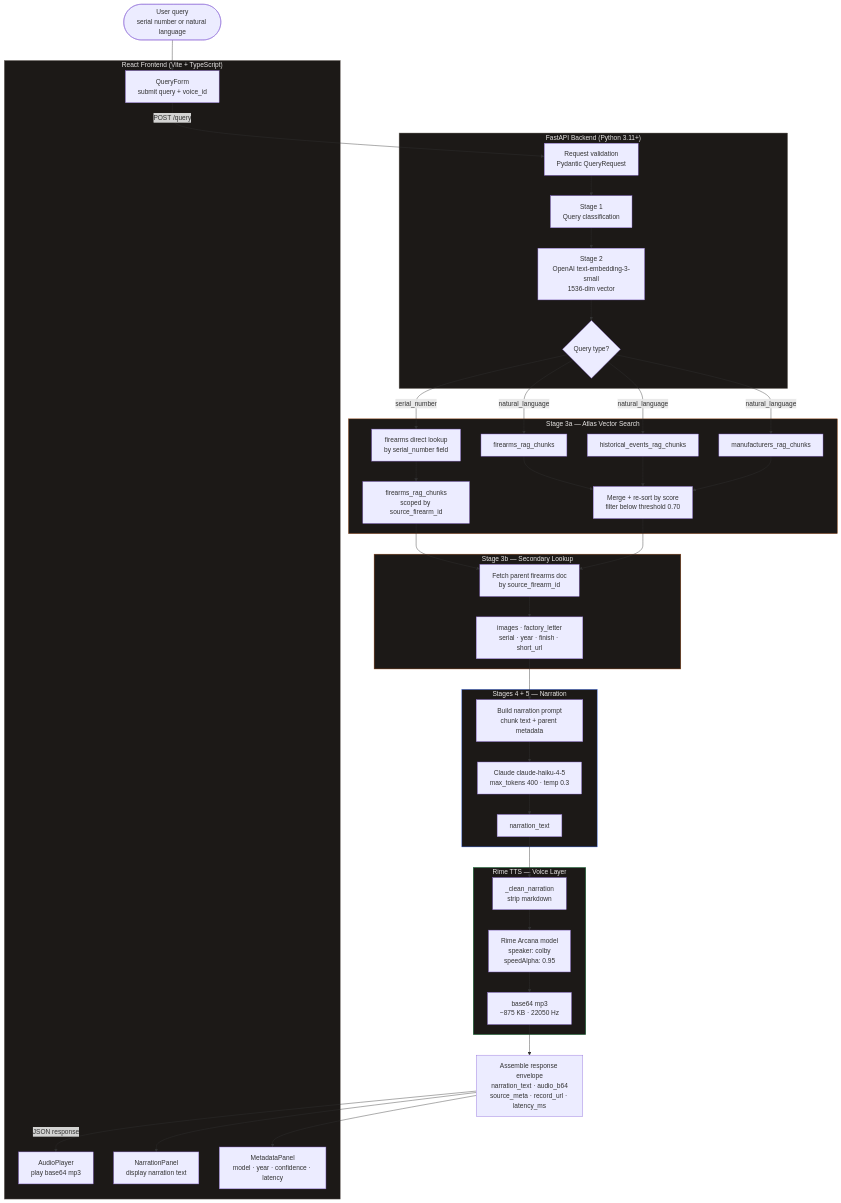
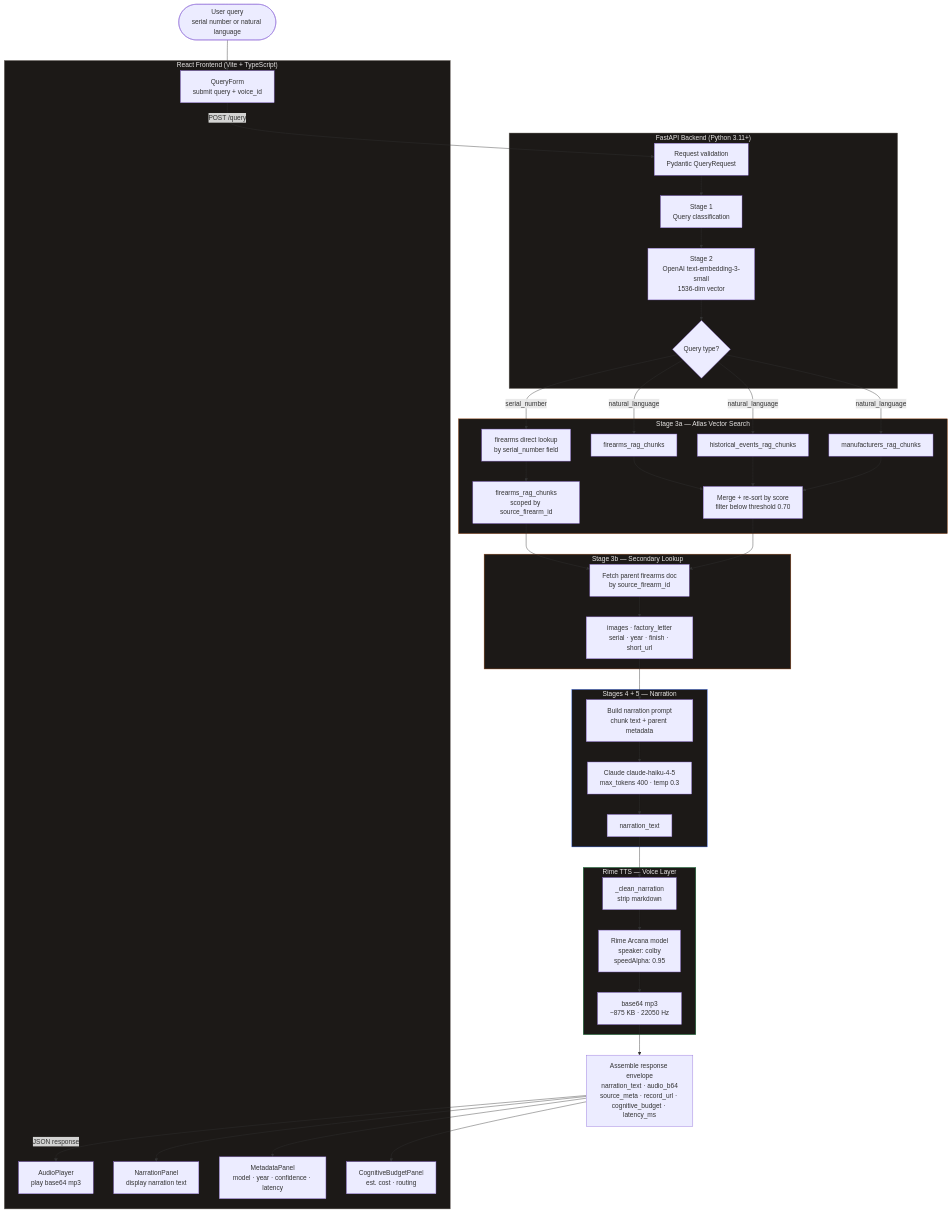
Before and after one commit to kenwalger/abiqua-voice-rag: the diagram in README.md, drawn with Mermaid. The commit also changed other lines of this file and 10 other files, not shown here.

````diff
--- a/README.md
+++ b/README.md
@@ -53,59 +57,61 @@
 ```mermaid
 flowchart TD
     A([User query\nserial number or natural language]) --> B
 
     subgraph Frontend ["React Frontend (Vite + TypeScript)"]
         B[QueryForm\nsubmit query + voice_id]
         R[AudioPlayer\nplay base64 mp3]
         S[NarrationPanel\ndisplay narration text]
         T[MetadataPanel\nmodel · year · confidence · latency]
+        U2[CognitiveBudgetPanel\nest. cost · routing]
     end
 
     B -->|POST /query| C
 
     subgraph Backend ["FastAPI Backend (Python 3.11+)"]
         C[Request validation\nPydantic QueryRequest]
         C --> D[Stage 1\nQuery classification]
         D --> E[Stage 2\nOpenAI text-embedding-3-small\n1536-dim vector]
         E --> F{Query type?}
     end
 
     subgraph Retrieval ["Stage 3a — Atlas Vector Search"]
         F -->|serial_number| G[firearms direct lookup\nby serial_number field]
         G --> H[firearms_rag_chunks\nscoped by source_firearm_id]
         F -->|natural_language| I[firearms_rag_chunks]
         F -->|natural_language| J[historical_events_rag_chunks]
         F -->|natural_language| K[manufacturers_rag_chunks]
         I & J & K --> L[Merge + re-sort by score\nfilter below threshold 0.70]
     end
 
     subgraph Lookup ["Stage 3b — Secondary Lookup"]
         H --> M[Fetch parent firearms doc\nby source_firearm_id]
         L --> M
         M --> N[images · factory_letter\nserial · year · finish · short_url]
     end
 
     subgraph Synthesis ["Stages 4 + 5 — Narration"]
         N --> O[Build narration prompt\nchunk text + parent metadata]
         O --> P[Claude claude-haiku-4-5\nmax_tokens 400 · temp 0.3]
         P --> Q[narration_text]
     end
 
     subgraph Voice ["Rime TTS — Voice Layer"]
         Q --> V[_clean_narration\nstrip markdown]
         V --> W[Rime Arcana model\nspeaker: colby\nspeedAlpha: 0.95]
         W --> X[base64 mp3\n~875 KB · 22050 Hz]
     end
 
-    X --> Y[Assemble response envelope\nnarration_text · audio_b64\nsource_meta · record_url · latency_ms]
+    X --> Y[Assemble response envelope\nnarration_text · audio_b64\nsource_meta · record_url · cognitive_budget · latency_ms]
     Y -->|JSON response| R
     Y --> S
     Y --> T
+    Y --> U2
 
     style Frontend fill:#1c1917,stroke:#78716c,color:#e7e5e4
     style Backend fill:#1c1917,stroke:#78716c,color:#e7e5e4
     style Retrieval fill:#1c1917,stroke:#92400e,color:#e7e5e4
     style Lookup fill:#1c1917,stroke:#92400e,color:#e7e5e4
     style Synthesis fill:#1c1917,stroke:#1d4ed8,color:#e7e5e4
     style Voice fill:#1c1917,stroke:#15803d,color:#e7e5e4
 ```
````
